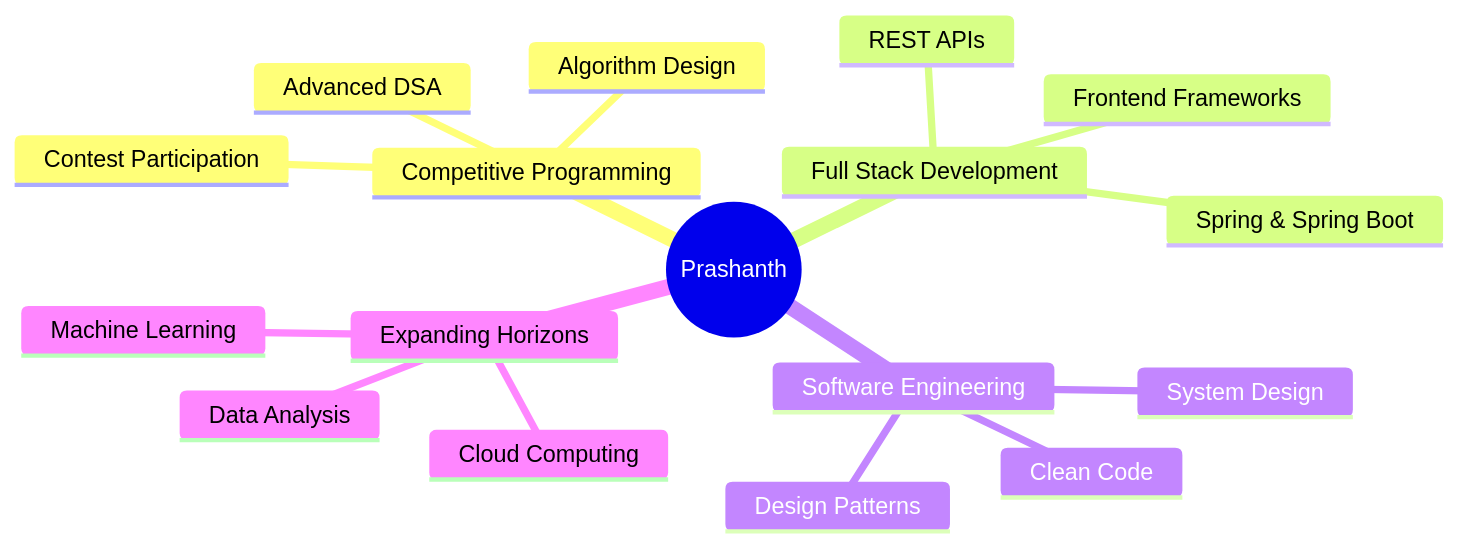
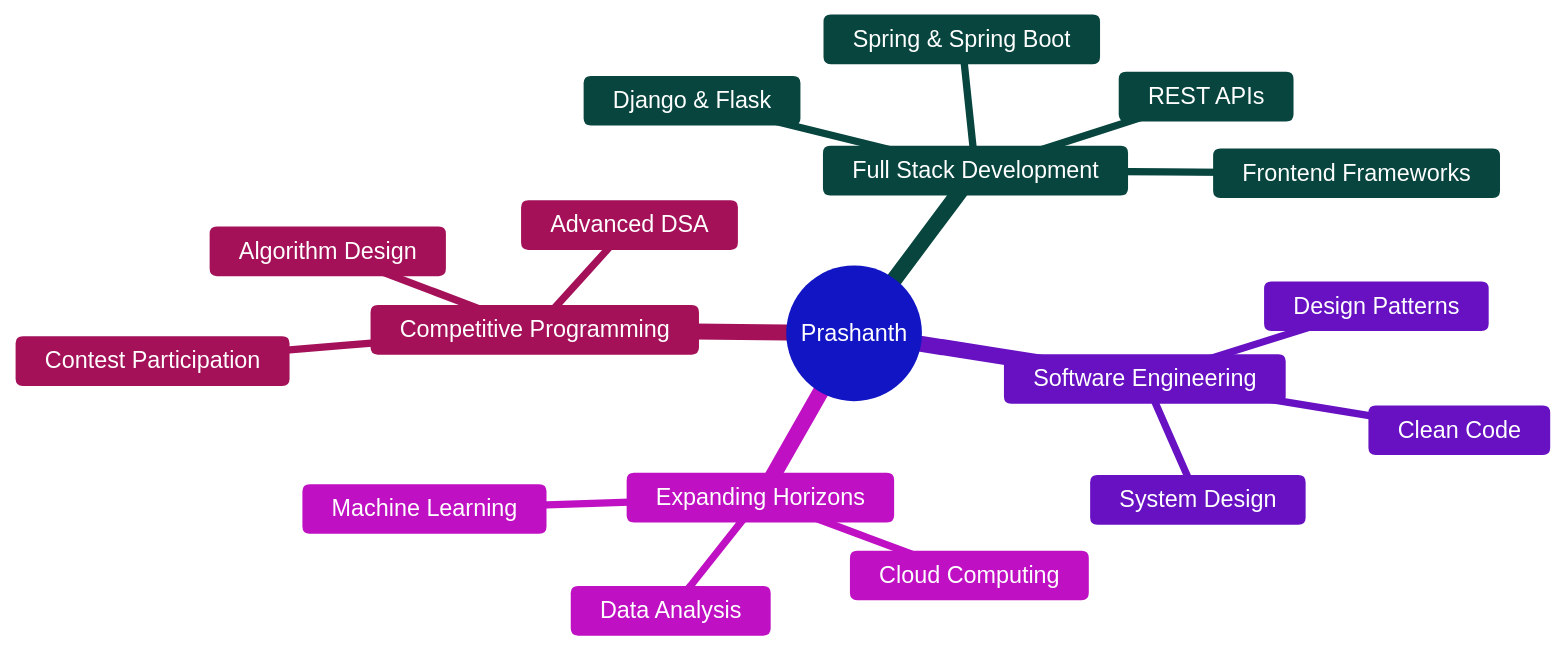
Before and after one commit to Prashanth291/prashanth291: the diagram in README.md, drawn with Mermaid. The commit also changed other lines of this file, not shown here.

````diff
--- a/README.md
+++ b/README.md
@@ -138,20 +128,22 @@
 ```mermaid
+%%{init: {'theme':'base', 'themeVariables': { 'primaryColor':'#6366f1','primaryTextColor':'#fff','primaryBorderColor':'#818cf8','lineColor':'#a78bfa','secondaryColor':'#ec4899','tertiaryColor':'#14b8a6','noteBkgColor':'#1e293b','noteTextColor':'#fff'}}}%%
 mindmap
   root((Prashanth))
     Competitive Programming
       Advanced DSA
       Algorithm Design
       Contest Participation
     Full Stack Development
       Spring & Spring Boot
+      Django & Flask
       REST APIs
       Frontend Frameworks
     Software Engineering
       System Design
       Clean Code
       Design Patterns
     Expanding Horizons
       Data Analysis
       Machine Learning
       Cloud Computing
 ```
````
